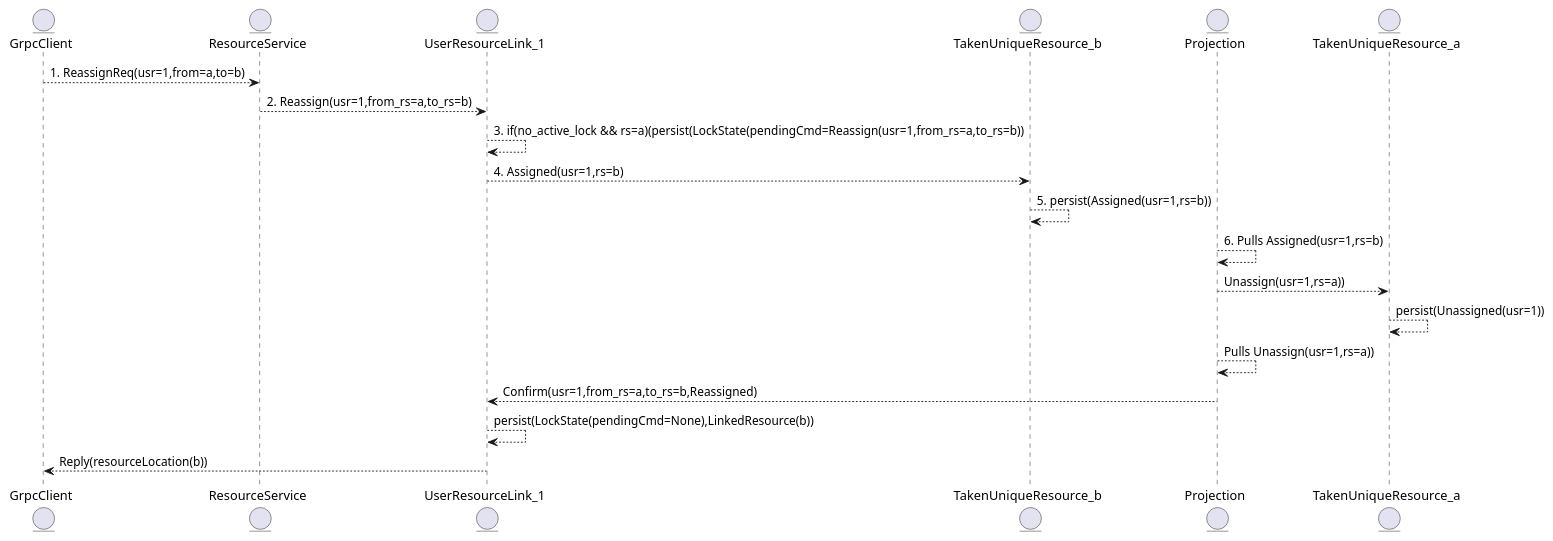
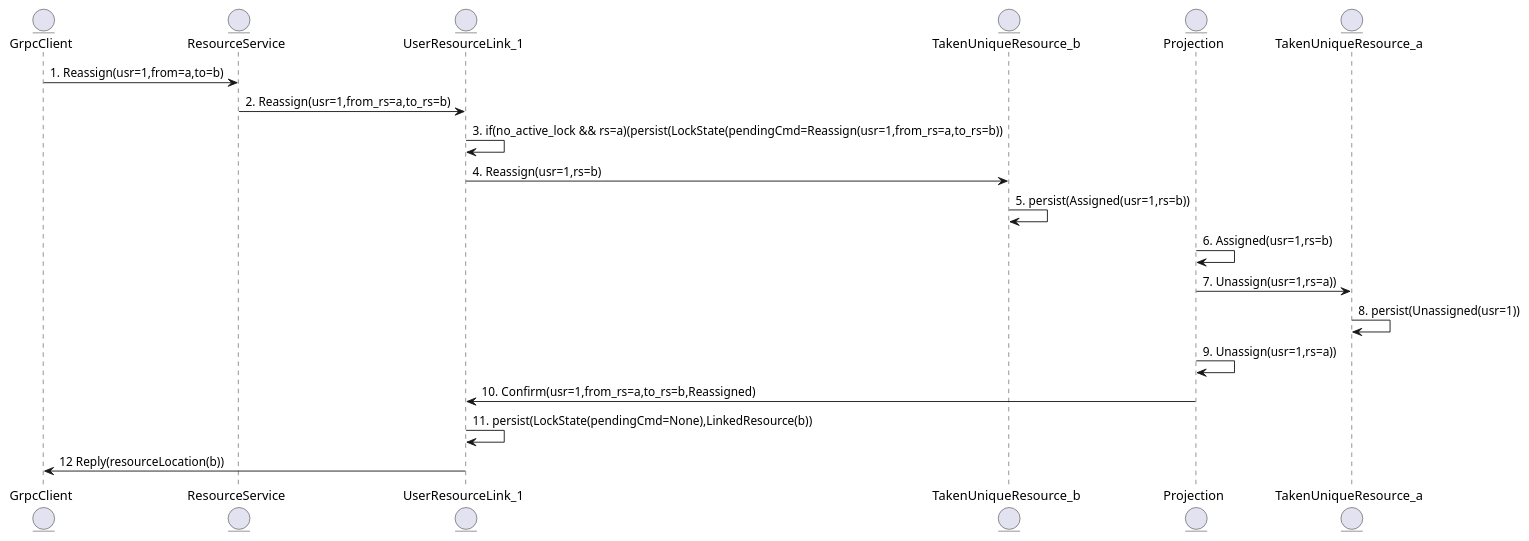
Before and after one commit to haghard/unique-resource-management: the third of 3 diagrams in diagrams.md, drawn with PlantUML. The commit also changed other lines of this file, not shown here.

````diff
--- a/diagrams.md
+++ b/diagrams.md
@@ -76,33 +76,33 @@
 ```plantuml
 @startuml
 
 entity GrpcClient
 
 entity ResourceService
 
 entity UserResourceLink_1
 
 entity TakenUniqueResource_b
 
 entity Projection
 
 entity TakenUniqueResource_a
 
 
-GrpcClient --> ResourceService:1. ReassignReq(usr=1,from=a,to=b)
-ResourceService --> UserResourceLink_1:2. Reassign(usr=1,from_rs=a,to_rs=b)
-UserResourceLink_1 --> UserResourceLink_1:3. if(no_active_lock && rs=a)(persist(LockState(pendingCmd=Reassign(usr=1,from_rs=a,to_rs=b))
-UserResourceLink_1 --> TakenUniqueResource_b:4. Assigned(usr=1,rs=b)
-TakenUniqueResource_b --> TakenUniqueResource_b:5. persist(Assigned(usr=1,rs=b))
+GrpcClient -> ResourceService:1. Reassign(usr=1,from=a,to=b)
+ResourceService -> UserResourceLink_1:2. Reassign(usr=1,from_rs=a,to_rs=b)
+UserResourceLink_1 -> UserResourceLink_1:3. if(no_active_lock && rs=a)(persist(LockState(pendingCmd=Reassign(usr=1,from_rs=a,to_rs=b))
+UserResourceLink_1 -> TakenUniqueResource_b:4. Reassign(usr=1,rs=b)
+TakenUniqueResource_b -> TakenUniqueResource_b:5. persist(Assigned(usr=1,rs=b))
 
-Projection --> Projection:6. Pulls Assigned(usr=1,rs=b)  
-Projection --> TakenUniqueResource_a:  Unassign(usr=1,rs=a))
-TakenUniqueResource_a --> TakenUniqueResource_a : persist(Unassigned(usr=1))
+Projection -> Projection:6. Assigned(usr=1,rs=b)  
+Projection -> TakenUniqueResource_a:7. Unassign(usr=1,rs=a))
+TakenUniqueResource_a -> TakenUniqueResource_a:8. persist(Unassigned(usr=1))
 
-Projection --> Projection: Pulls Unassign(usr=1,rs=a))
-Projection --> UserResourceLink_1: Confirm(usr=1,from_rs=a,to_rs=b,Reassigned) 
-UserResourceLink_1 --> UserResourceLink_1: persist(LockState(pendingCmd=None),LinkedResource(b))
-UserResourceLink_1 --> GrpcClient : Reply(resourceLocation(b))
+Projection -> Projection:9. Unassign(usr=1,rs=a))
+Projection -> UserResourceLink_1:10. Confirm(usr=1,from_rs=a,to_rs=b,Reassigned) 
+UserResourceLink_1 -> UserResourceLink_1:11. persist(LockState(pendingCmd=None),LinkedResource(b))
+UserResourceLink_1 -> GrpcClient:12 Reply(resourceLocation(b))
 
 @enduml
 ```
````
